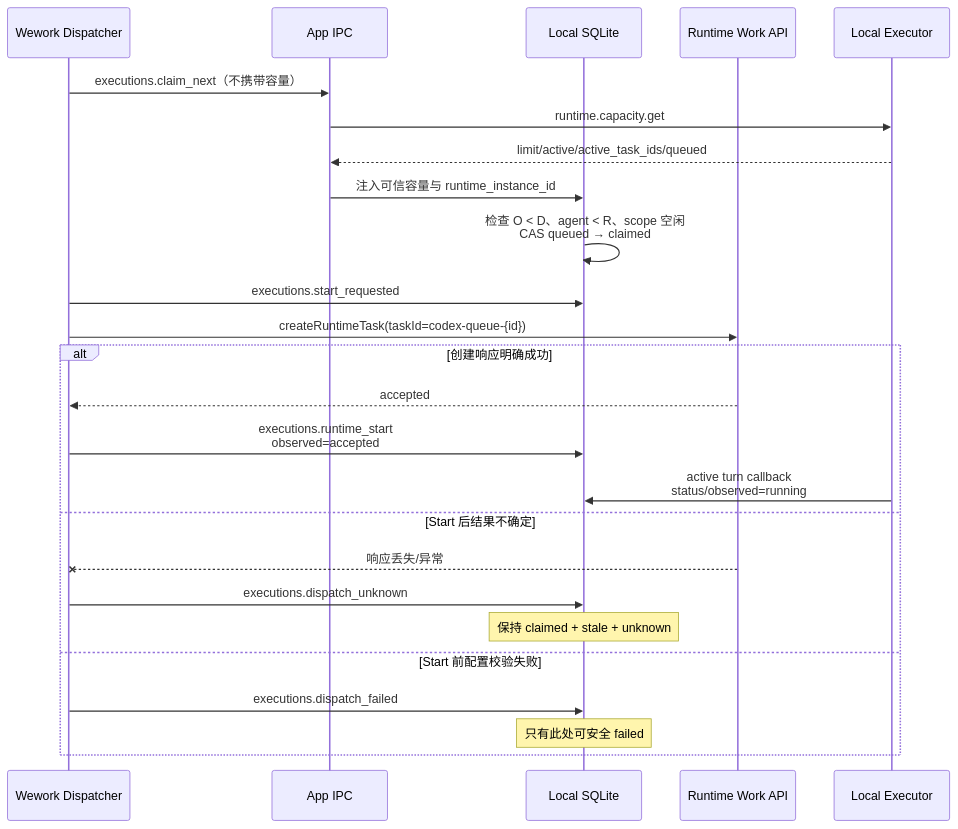
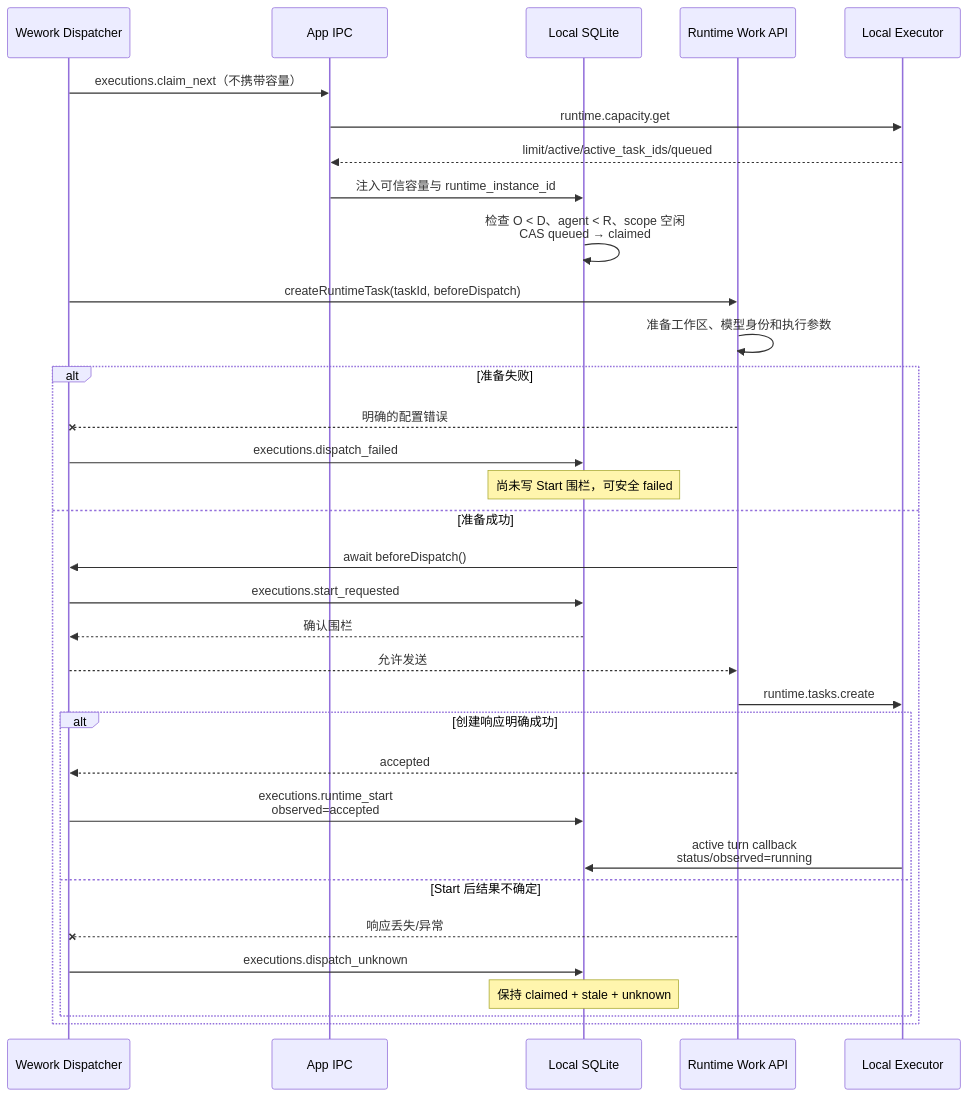
Before and after one commit to wecode-ai/Wegent: the fifth of 11 diagrams in docs/zh/wework/developer-guide/wework-project-execution-state-truth-refactoring.md, drawn with Mermaid. The commit also changed other lines of this file and 11 other files, not shown here.

Commit message:
fix(wework): prepare runtime requests before fencing delivery

````diff
--- a/docs/zh/wework/developer-guide/wework-project-execution-state-truth-refactoring.md
+++ b/docs/zh/wework/developer-guide/wework-project-execution-state-truth-refactoring.md
@@ -223,27 +223,35 @@
 ```mermaid
 sequenceDiagram
   participant APP as Wework Dispatcher
   participant IPC as App IPC
   participant SQL as Local SQLite
   participant API as Runtime Work API
   participant R as Local Executor
   APP->>IPC: executions.claim_next（不携带容量）
   IPC->>R: runtime.capacity.get
   R-->>IPC: limit/active/active_task_ids/queued
   IPC->>SQL: 注入可信容量与 runtime_instance_id
   SQL->>SQL: 检查 O < D、agent < R、scope 空闲<br/>CAS queued → claimed
-  APP->>SQL: executions.start_requested
-  APP->>API: createRuntimeTask(taskId=codex-queue-{id})
-  alt 创建响应明确成功
-    API-->>APP: accepted
-    APP->>SQL: executions.runtime_start<br/>observed=accepted
-    R->>SQL: active turn callback<br/>status/observed=running
-  else Start 后结果不确定
-    API--xAPP: 响应丢失/异常
-    APP->>SQL: executions.dispatch_unknown
-    Note over SQL: 保持 claimed + stale + unknown
-  else Start 前配置校验失败
+  APP->>API: createRuntimeTask(taskId, beforeDispatch)
+  API->>API: 准备工作区、模型身份和执行参数
+  alt 准备失败
+    API--xAPP: 明确的配置错误
     APP->>SQL: executions.dispatch_failed
-    Note over SQL: 只有此处可安全 failed
+    Note over SQL: 尚未写 Start 围栏，可安全 failed
+  else 准备成功
+    API->>APP: await beforeDispatch()
+    APP->>SQL: executions.start_requested
+    SQL-->>APP: 确认围栏
+    APP-->>API: 允许发送
+    API->>R: runtime.tasks.create
+    alt 创建响应明确成功
+      API-->>APP: accepted
+      APP->>SQL: executions.runtime_start<br/>observed=accepted
+      R->>SQL: active turn callback<br/>status/observed=running
+    else Start 后结果不确定
+      API--xAPP: 响应丢失/异常
+      APP->>SQL: executions.dispatch_unknown
+      Note over SQL: 保持 claimed + stale + unknown
+    end
   end
 ```
````
